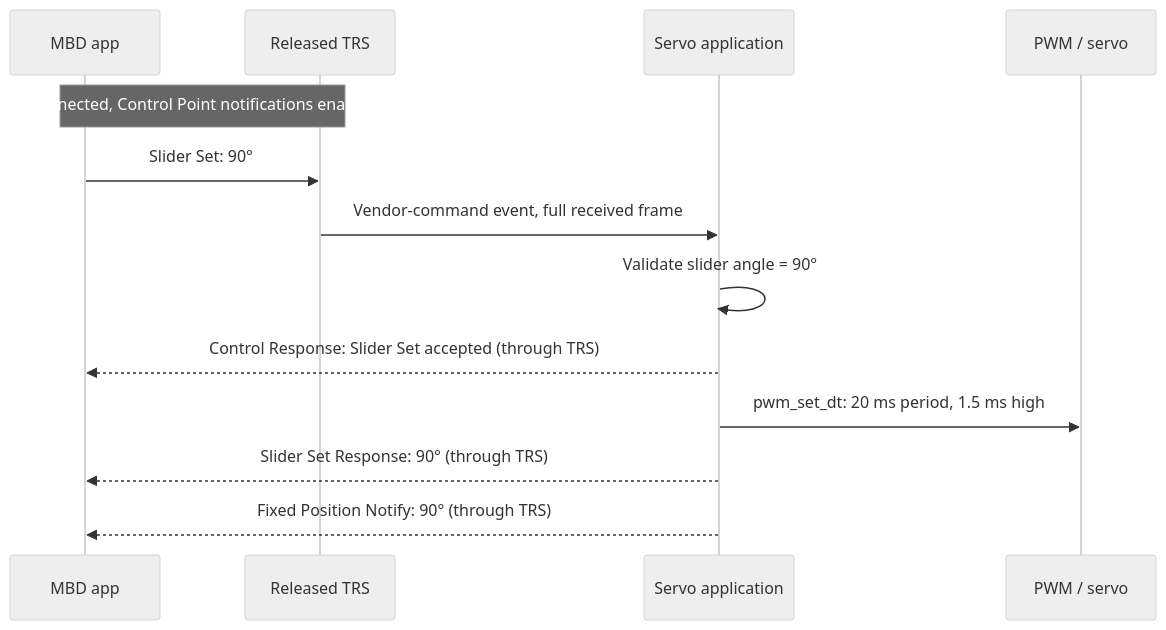
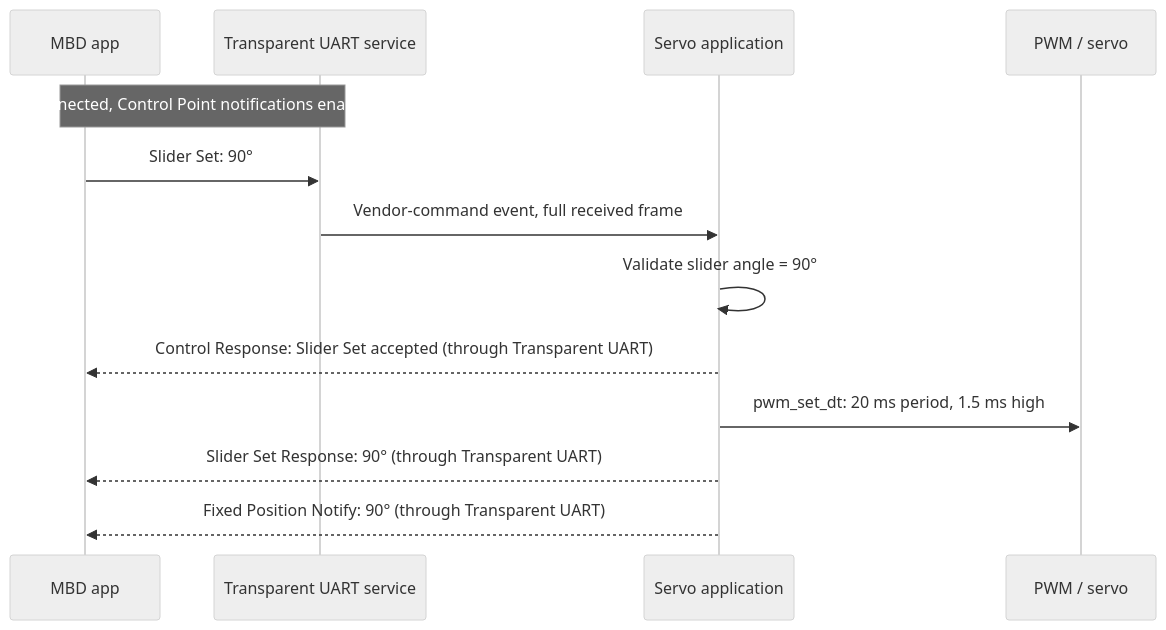
Before and after one commit to MicrochipTech/Bluetooth_LE_180_Servo_Motor_Control: the third of 3 diagrams in README.md, drawn with Mermaid (neutral theme). The commit also changed other lines of this file, not shown here.

Commit message:
Use Transparent UART terminology in docs

````diff
--- a/README.md
+++ b/README.md
@@ -311,15 +306,15 @@
 ```mermaid
 sequenceDiagram
     participant M as MBD app
-    participant T as Released TRS
+    participant T as Transparent UART service
     participant A as Servo application
     participant P as PWM / servo
     Note over M,T: Connected, Control Point notifications enabled
     M->>T: Slider Set: 90°
     T->>A: Vendor-command event, full received frame
     A->>A: Validate slider angle = 90°
-    A-->>M: Control Response: Slider Set accepted (through TRS)
+    A-->>M: Control Response: Slider Set accepted (through Transparent UART)
     A->>P: pwm_set_dt: 20 ms period, 1.5 ms high
-    A-->>M: Slider Set Response: 90° (through TRS)
-    A-->>M: Fixed Position Notify: 90° (through TRS)
+    A-->>M: Slider Set Response: 90° (through Transparent UART)
+    A-->>M: Fixed Position Notify: 90° (through Transparent UART)
 ```
````
